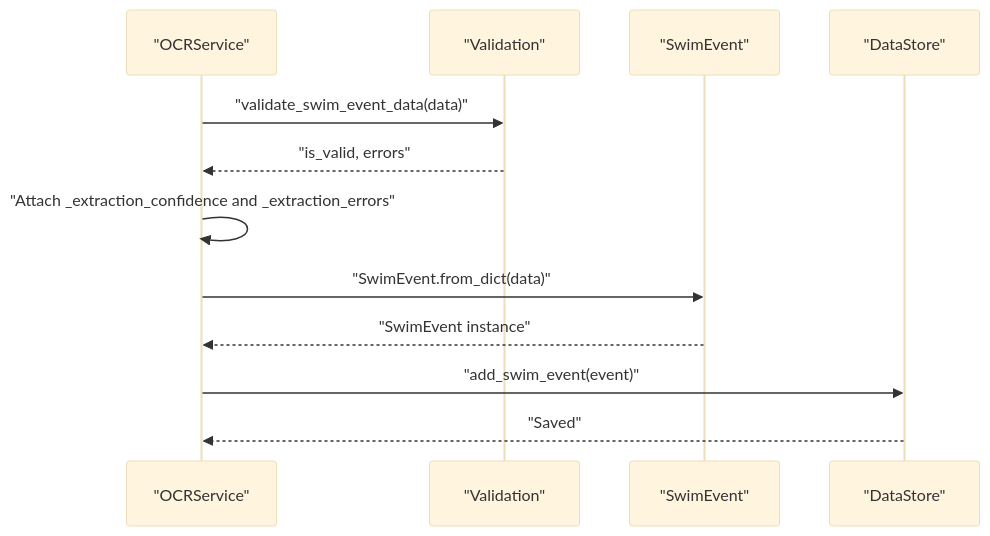
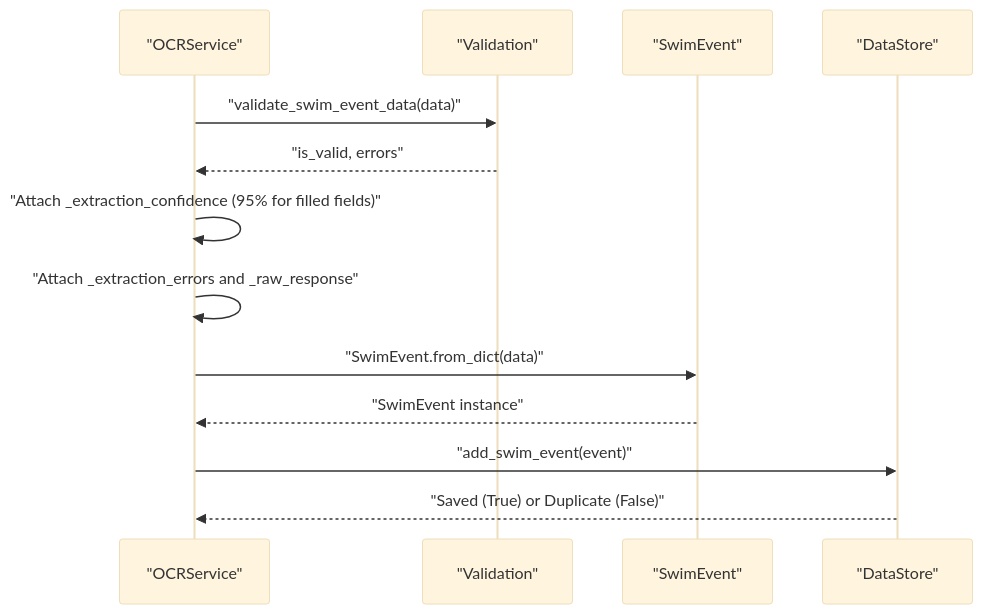
Before and after one commit to Johnny22056/SwimingStatus: the seventh of 8 diagrams in .qoder/repowiki/en/content/Feature Modules/OCR Integration.md, drawn with Mermaid (base theme). The commit also changed other lines of this file and 8 other files, not shown here.

````diff
--- a/.qoder/repowiki/en/content/Feature Modules/OCR Integration.md
+++ b/.qoder/repowiki/en/content/Feature Modules/OCR Integration.md
@@ -300,14 +376,15 @@
 ```mermaid
 sequenceDiagram
 participant OCR as "OCRService"
 participant VAL as "Validation"
 participant EVT as "SwimEvent"
 participant DS as "DataStore"
 OCR->>VAL : "validate_swim_event_data(data)"
 VAL-->>OCR : "is_valid, errors"
-OCR->>OCR : "Attach _extraction_confidence and _extraction_errors"
+OCR->>OCR : "Attach _extraction_confidence (95% for filled fields)"
+OCR->>OCR : "Attach _extraction_errors and _raw_response"
 OCR->>EVT : "SwimEvent.from_dict(data)"
 EVT-->>OCR : "SwimEvent instance"
 OCR->>DS : "add_swim_event(event)"
-DS-->>OCR : "Saved"
+DS-->>OCR : "Saved (True) or Duplicate (False)"
 ```
````
